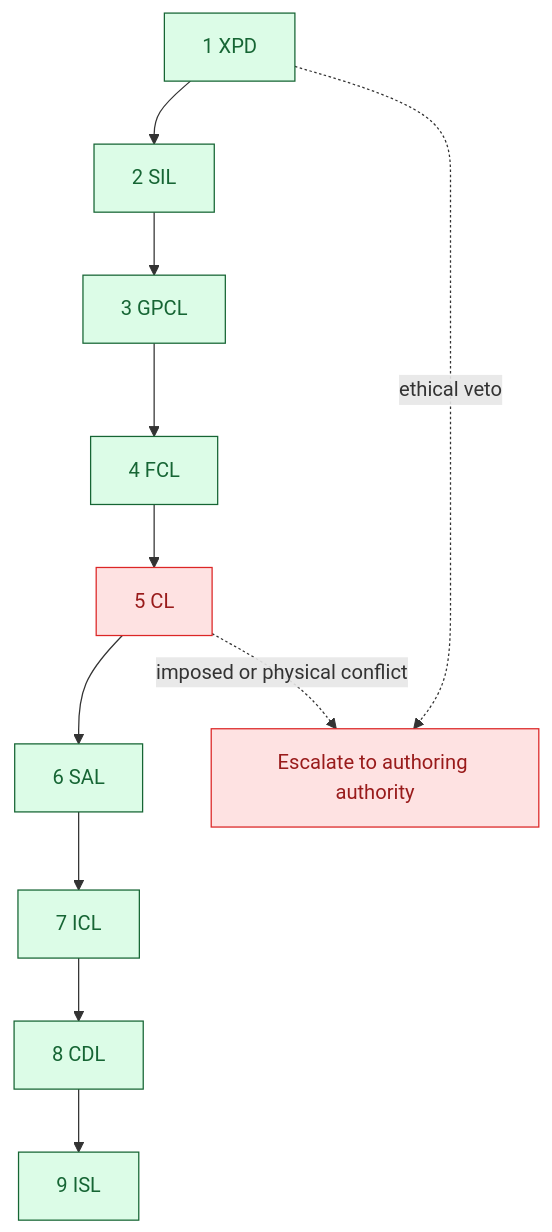
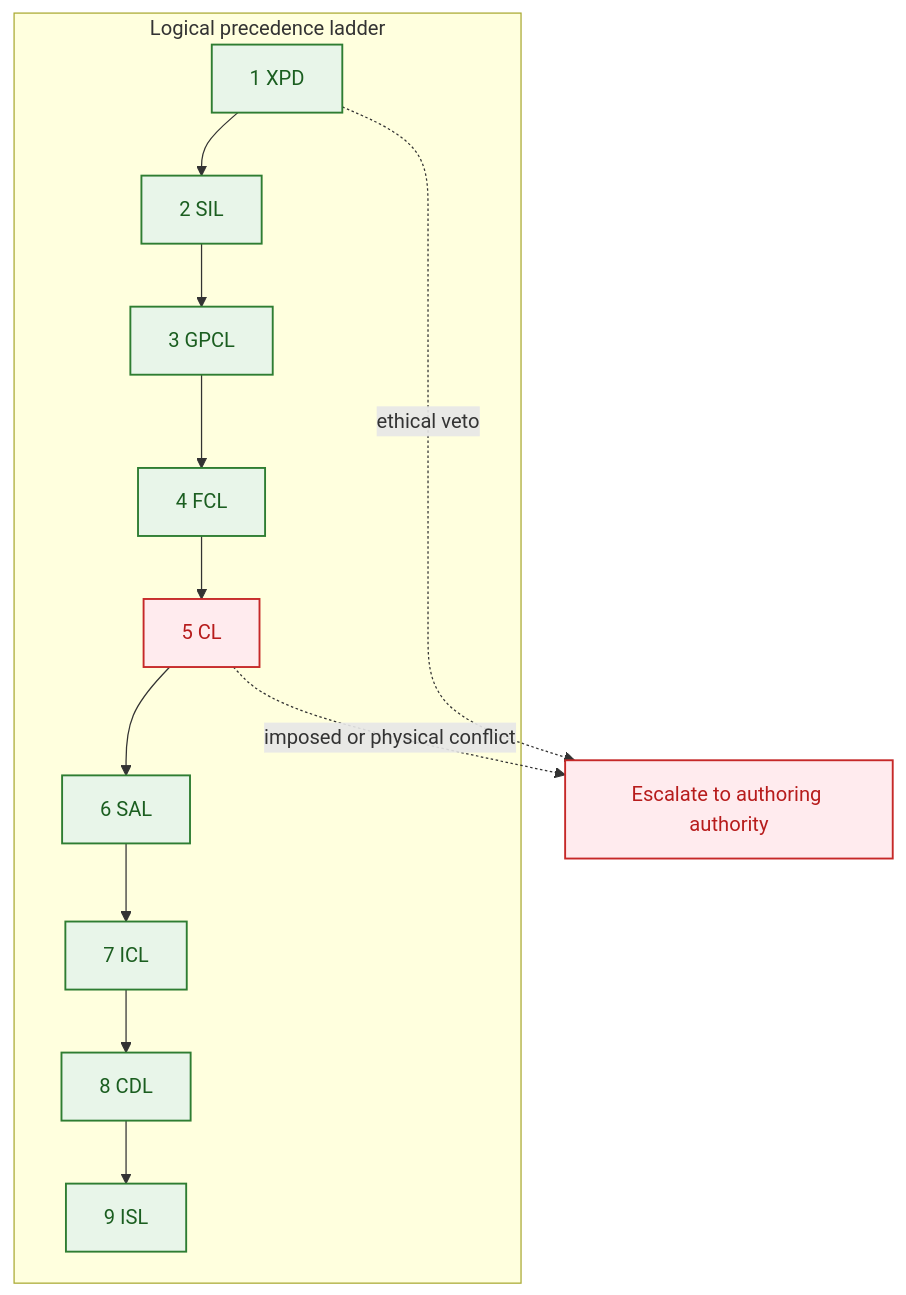
One commit to formosa/Antigravity changed diagram 21 of 28 in .agent/assets/proposals/active/v6.3/ddr_ref_manual_v6.3.md. Above: the diagram before and after it, drawn with Mermaid. The commit also changed other lines of this file, not shown here.

````diff
--- a/.agent/assets/proposals/active/v6.3/ddr_ref_manual_v6.3.md
+++ b/.agent/assets/proposals/active/v6.3/ddr_ref_manual_v6.3.md
@@ -1506,22 +1592,26 @@
 ```mermaid
 flowchart TD
-    XPD["1 XPD"]
-    SIL["2 SIL"]
-    GPCL["3 GPCL"]
-    FCL["4 FCL"]
-    CL["5 CL"]
-    SAL["6 SAL"]
-    ICL["7 ICL"]
-    CDL["8 CDL"]
-    ISL["9 ISL"]
+    accTitle: Constraint precedence ladder with physical-escalation branch
+    accDescr: Shows the ordered logical precedence ladder, the XPD veto branch, and the escalation path for imposed or physical CL conflicts.
+    subgraph LADDER["Logical precedence ladder"]
+        XPD["1 XPD"]
+        SIL["2 SIL"]
+        GPCL["3 GPCL"]
+        FCL["4 FCL"]
+        CL["5 CL"]
+        SAL["6 SAL"]
+        ICL["7 ICL"]
+        CDL["8 CDL"]
+        ISL["9 ISL"]
+    end
     ESC["Escalate to authoring authority"]
 
     XPD --> SIL --> GPCL --> FCL --> CL --> SAL --> ICL --> CDL --> ISL
     XPD -. ethical veto .-> ESC
     CL -. imposed or physical conflict .-> ESC
 
-    classDef normative fill:#dcfce7,stroke:#166534,color:#166534;
-    classDef alert fill:#fee2e2,stroke:#dc2626,color:#991b1b;
+    classDef normative fill:#e8f5e9,stroke:#2e7d32,color:#1b5e20,stroke-width:1.5px;
+    classDef alert fill:#ffebee,stroke:#c62828,color:#b71c1c,stroke-width:1.5px;
     class XPD,SIL,GPCL,FCL,SAL,ICL,CDL,ISL normative;
     class CL,ESC alert;
 ```
````
